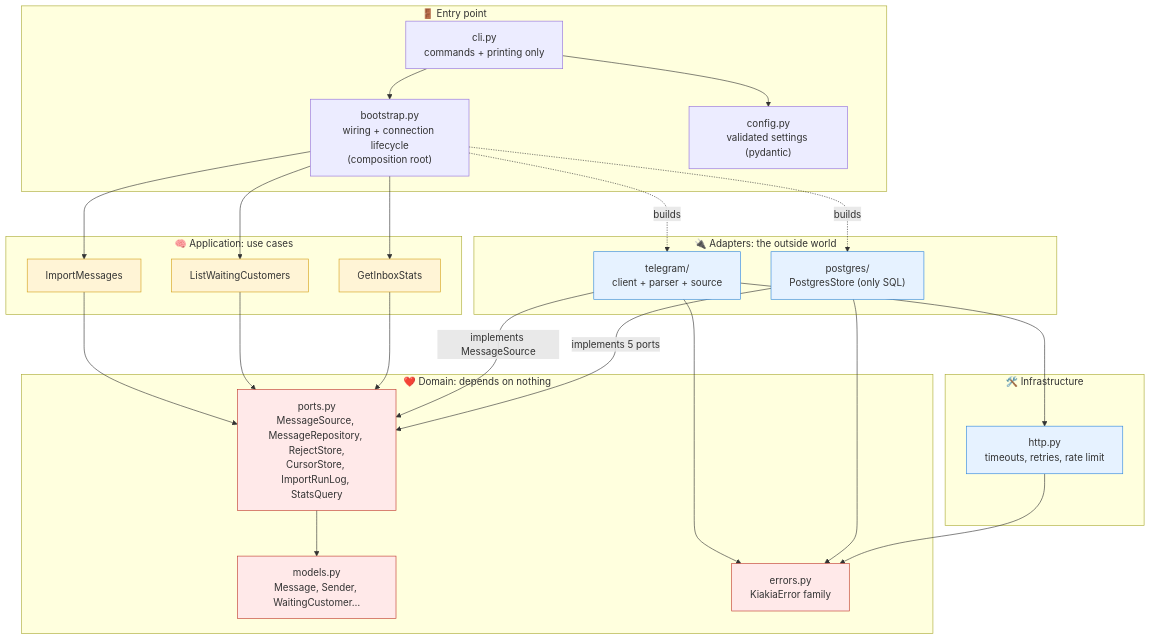
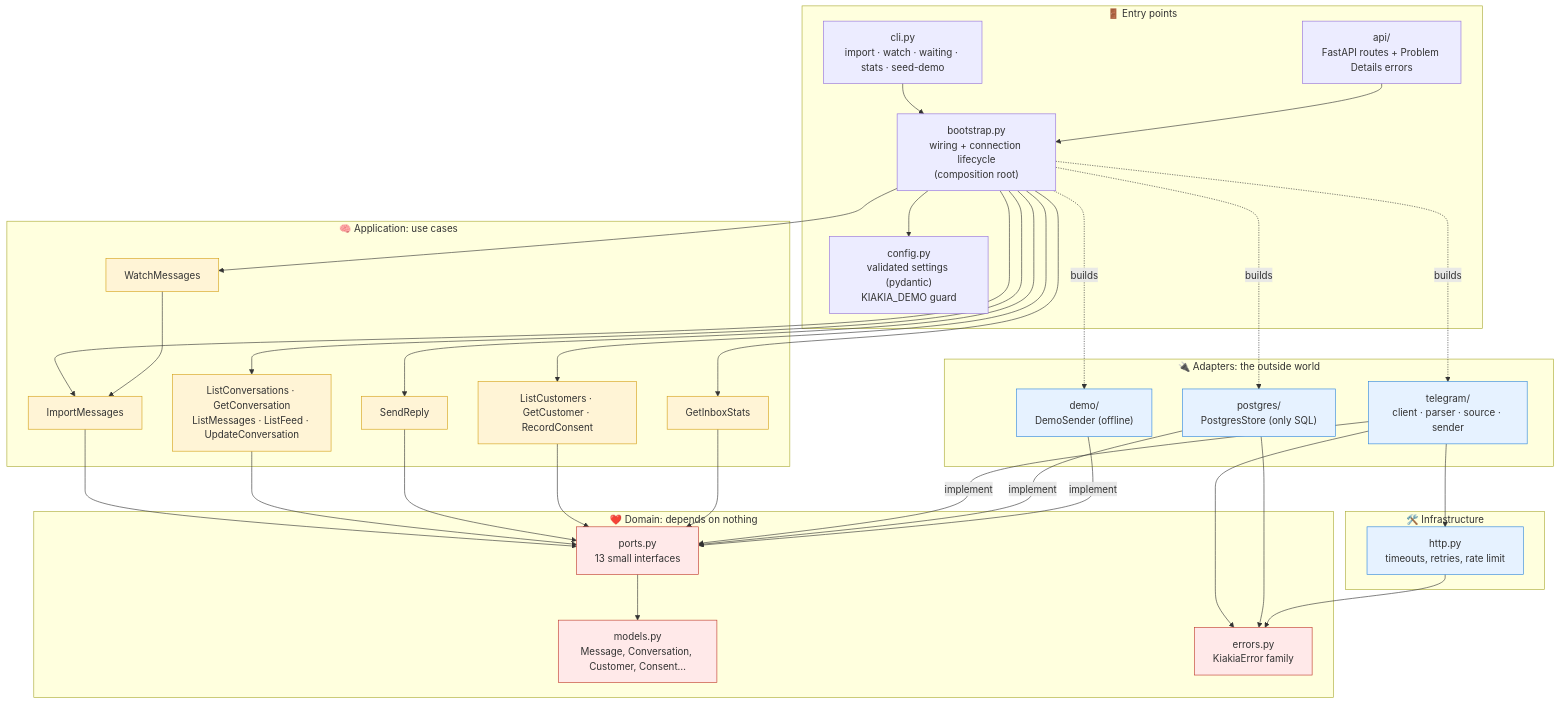
One commit to Ify-O/kiakia changed the second of 12 diagrams in docs/ARCHITECTURE.md. Above: the diagram before and after it, drawn with Mermaid. The commit also changed other lines of this file, not shown here.

First line of the commit message:
Architecture doc: API, web, watcher, idempotent replies, consent and demo mode diagrams

````diff
--- a/docs/ARCHITECTURE.md
+++ b/docs/ARCHITECTURE.md
@@ -45,47 +49,52 @@
 ```mermaid
 flowchart TB
-    subgraph ENTRY["🚪 Entry point"]
-        CLI["cli.py<br/>commands + printing only"]
+    subgraph ENTRY["🚪 Entry points"]
+        CLI["cli.py<br/>import · watch · waiting · stats · seed-demo"]
+        API["api/<br/>FastAPI routes + Problem Details errors"]
         BOOT["bootstrap.py<br/>wiring + connection lifecycle<br/>(composition root)"]
-        CFG["config.py<br/>validated settings (pydantic)"]
+        CFG["config.py<br/>validated settings (pydantic)<br/>KIAKIA_DEMO guard"]
     end
 
     subgraph APP["🧠 Application: use cases"]
         IMP["ImportMessages"]
-        WAIT["ListWaitingCustomers"]
+        WATCH["WatchMessages"]
+        CONV["ListConversations · GetConversation<br/>ListMessages · ListFeed · UpdateConversation"]
+        REP["SendReply"]
+        CUST["ListCustomers · GetCustomer · RecordConsent"]
         STATS["GetInboxStats"]
     end
 
     subgraph DOMAIN["❤️ Domain: depends on nothing"]
-        MODELS["models.py<br/>Message, Sender, WaitingCustomer…"]
-        PORTS["ports.py<br/>MessageSource, MessageRepository, RejectStore,<br/>CursorStore, ImportRunLog, StatsQuery"]
+        MODELS["models.py<br/>Message, Conversation, Customer, Consent…"]
+        PORTS["ports.py<br/>13 small interfaces"]
         ERR["errors.py<br/>KiakiaError family"]
     end
 
     subgraph ADAPTERS["🔌 Adapters: the outside world"]
-        TG["telegram/<br/>client + parser + source"]
+        TG["telegram/<br/>client · parser · source · sender"]
         PG["postgres/<br/>PostgresStore (only SQL)"]
+        DEMO["demo/<br/>DemoSender (offline)"]
     end
 
     subgraph INFRA["🛠️ Infrastructure"]
         HTTP["http.py<br/>timeouts, retries, rate limit"]
     end
 
-    CLI --> BOOT
-    CLI --> CFG
-    BOOT --> IMP & WAIT & STATS
-    BOOT -.->|builds| TG & PG
-    IMP & WAIT & STATS --> PORTS
+    CLI & API --> BOOT
+    BOOT --> CFG
+    BOOT --> IMP & WATCH & CONV & REP & CUST & STATS
+    BOOT -.->|builds| TG & PG & DEMO
+    WATCH --> IMP
+    IMP & CONV & REP & CUST & STATS --> PORTS
     PORTS --> MODELS
-    TG -->|"implements MessageSource"| PORTS
-    PG -->|"implements 5 ports"| PORTS
+    TG & PG & DEMO -->|implement| PORTS
     TG --> HTTP
     TG & PG & HTTP --> ERR
 
     classDef core fill:#ffe9e9,stroke:#c0392b;
     classDef app fill:#fff4d6,stroke:#d4a017;
     classDef adapter fill:#e6f2ff,stroke:#2e86de;
     class MODELS,PORTS,ERR core;
-    class IMP,WAIT,STATS app;
-    class TG,PG,HTTP adapter;
+    class IMP,WATCH,CONV,REP,CUST,STATS app;
+    class TG,PG,DEMO,HTTP adapter;
 ```
````
